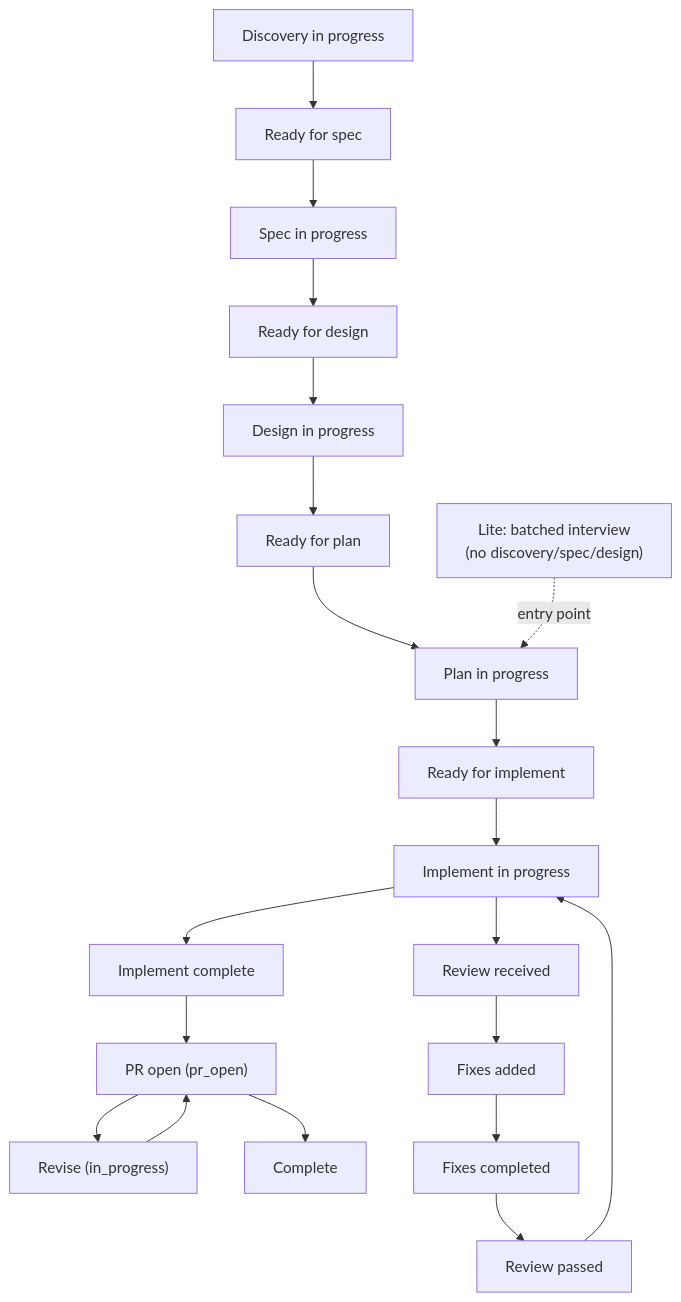
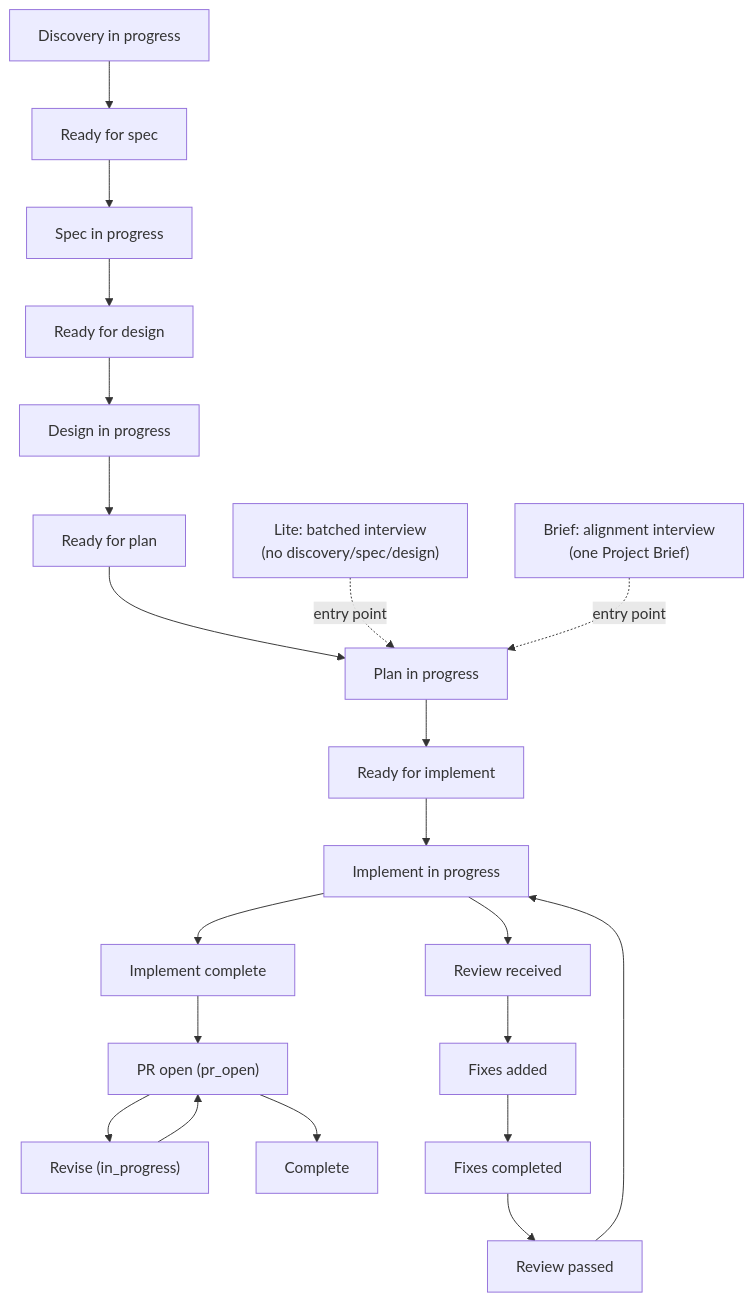
Before and after one commit to voxmedia/open-agent-toolkit: the diagram in apps/oat-docs/docs/reference/project-state-machine.md, drawn with Mermaid. The commit also changed other lines of this file and 26 other files, not shown here.

First line of the commit message:
docs(p08-t04): brief workflow mode across docs, diagrams and workflow options

````diff
--- a/apps/oat-docs/docs/reference/project-state-machine.md
+++ b/apps/oat-docs/docs/reference/project-state-machine.md
@@ -25,20 +25,21 @@
     ```mermaid
     flowchart TD
       D["Discovery in progress"] --> RS["Ready for spec"]
       RS --> S["Spec in progress"] --> RD["Ready for design"]
       RD --> G["Design in progress"] --> RP["Ready for plan"]
       RP --> P["Plan in progress"] --> RI["Ready for implement"]
       RI --> I["Implement in progress"] --> IC["Implement complete"]
       IC --> PRO["PR open (pr_open)"]
       PRO --> REV["Revise (in_progress)"]
       REV --> PRO
       PRO --> C["Complete"]
 
       I --> RV["Review received"]
       RV --> FA["Fixes added"]
       FA --> FC["Fixes completed"]
       FC --> PASSED["Review passed"]
       PASSED --> I
 
       LITE["Lite: batched interview\n(no discovery/spec/design)"] -. entry point .-> P
+      BRIEF["Brief: alignment interview\n(one Project Brief)"] -. entry point .-> P
     ```
````
